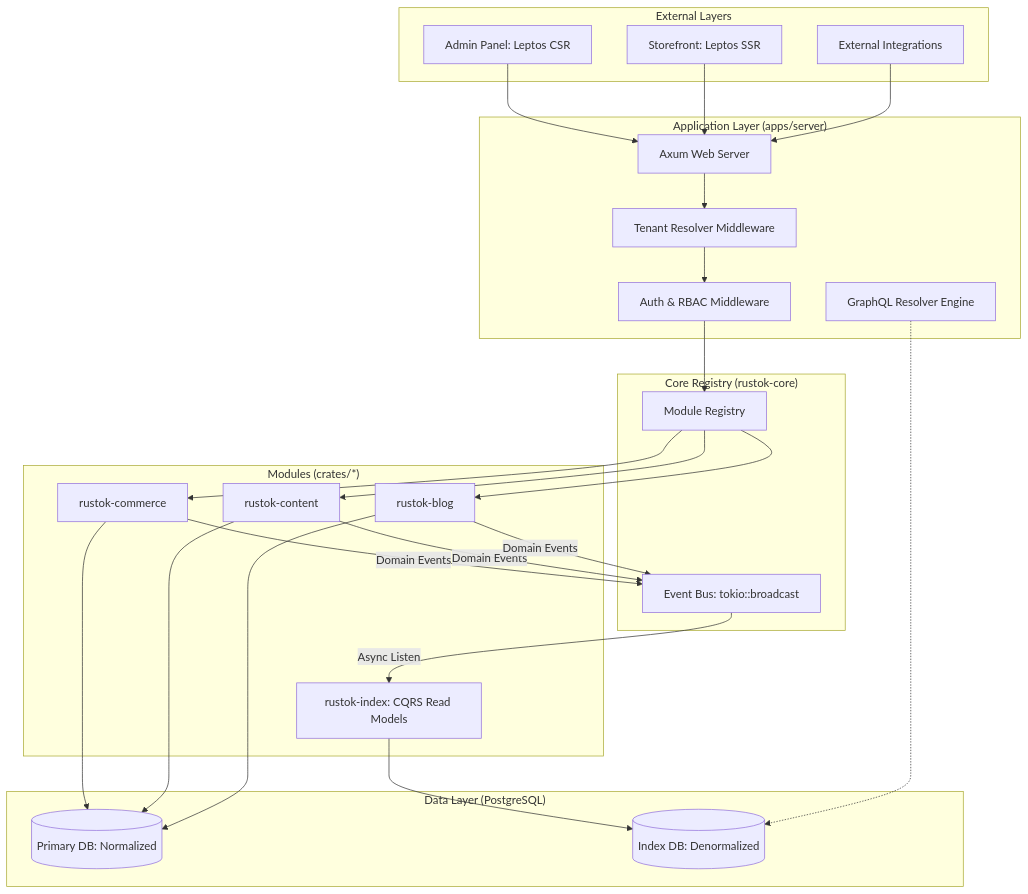
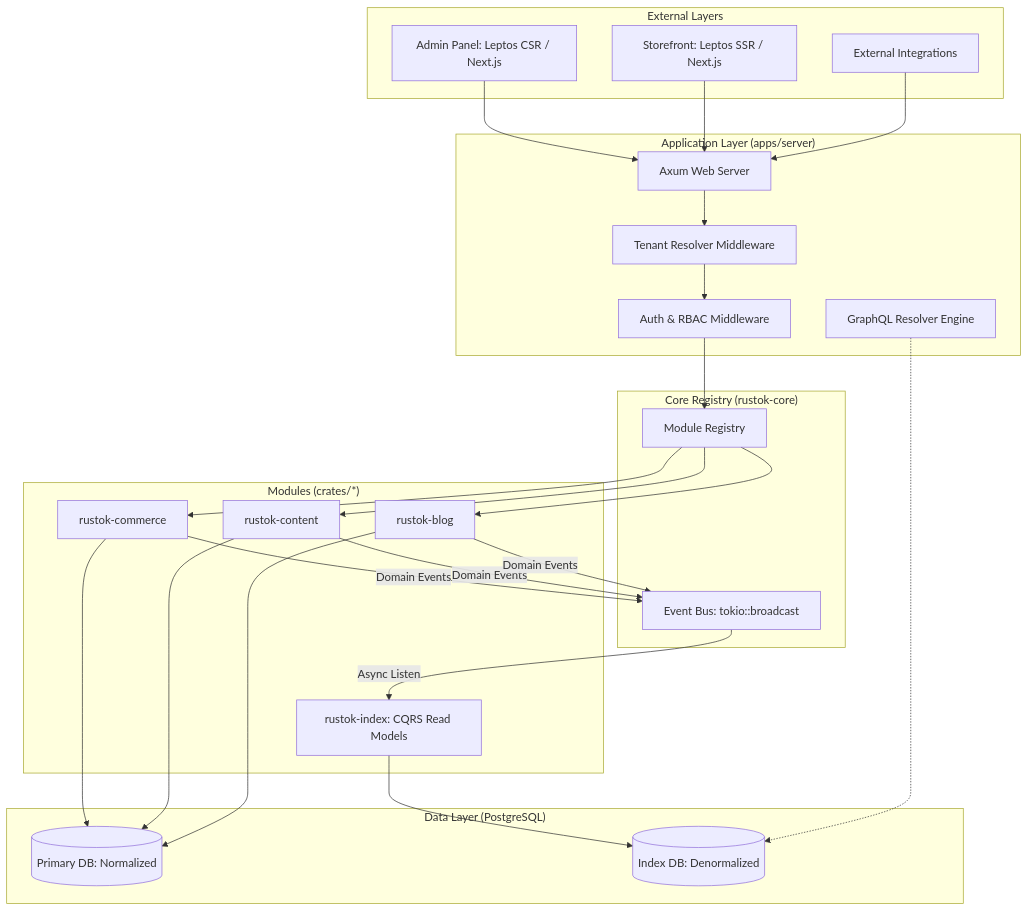
Before and after one commit to RustokCMS/RusToK: the diagram in docs/architecture.md, drawn with Mermaid. The commit also changed other lines of this file and 3 other files, not shown here.

````diff
--- a/docs/architecture.md
+++ b/docs/architecture.md
@@ -11,47 +11,47 @@
 ```mermaid
 graph TD
     subgraph "External Layers"
-        Admin[Admin Panel: Leptos CSR]
-        Store[Storefront: Leptos SSR]
+        Admin[Admin Panel: Leptos CSR / Next.js]
+        Store[Storefront: Leptos SSR / Next.js]
         API_Ext[External Integrations]
     end
 
     subgraph "Application Layer (apps/server)"
         Axum[Axum Web Server]
         Auth[Auth & RBAC Middleware]
         Tenant[Tenant Resolver Middleware]
         GQL[GraphQL Resolver Engine]
     end
 
     subgraph "Core Registry (rustok-core)"
         Registry[Module Registry]
         Bus[Event Bus: tokio::broadcast]
     end
 
     subgraph "Modules (crates/*)"
         Commerce[rustok-commerce]
         Content[rustok-content]
         Blog[rustok-blog]
         Index[rustok-index: CQRS Read Models]
     end
 
     subgraph "Data Layer (PostgreSQL)"
         DB_Write[(Primary DB: Normalized)]
         DB_Read[(Index DB: Denormalized)]
     end
 
     Admin & Store & API_Ext --> Axum
     Axum --> Tenant --> Auth --> Registry
     Registry --> Commerce & Content & Blog
     
     %% Write Path
     Commerce & Content & Blog --> DB_Write
     
     %% Event Path
     Commerce & Content & Blog -- "Domain Events" --> Bus
     Bus -- "Async Listen" --> Index
     Index --> DB_Read
     
     %% Read Path
     GQL -.-> DB_Read
 ```
````
